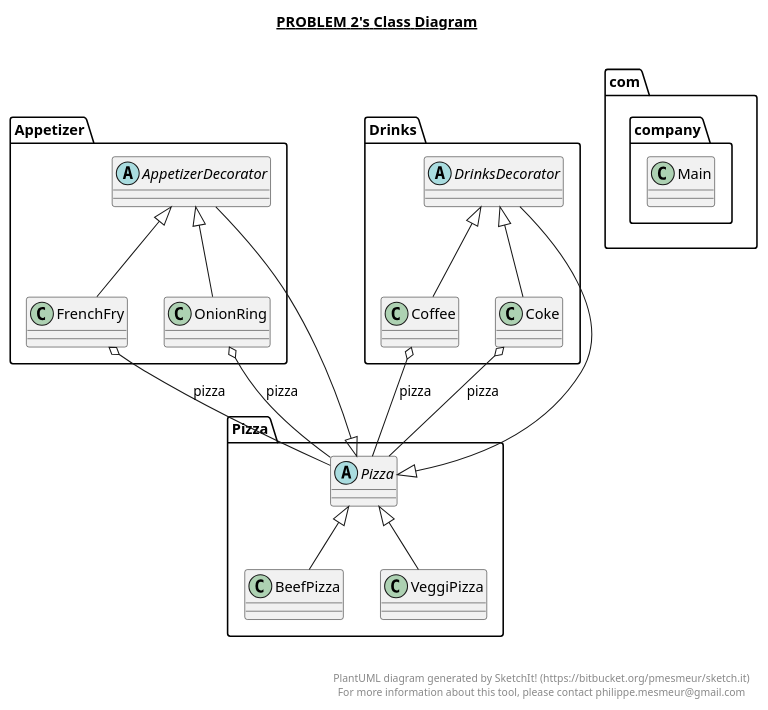
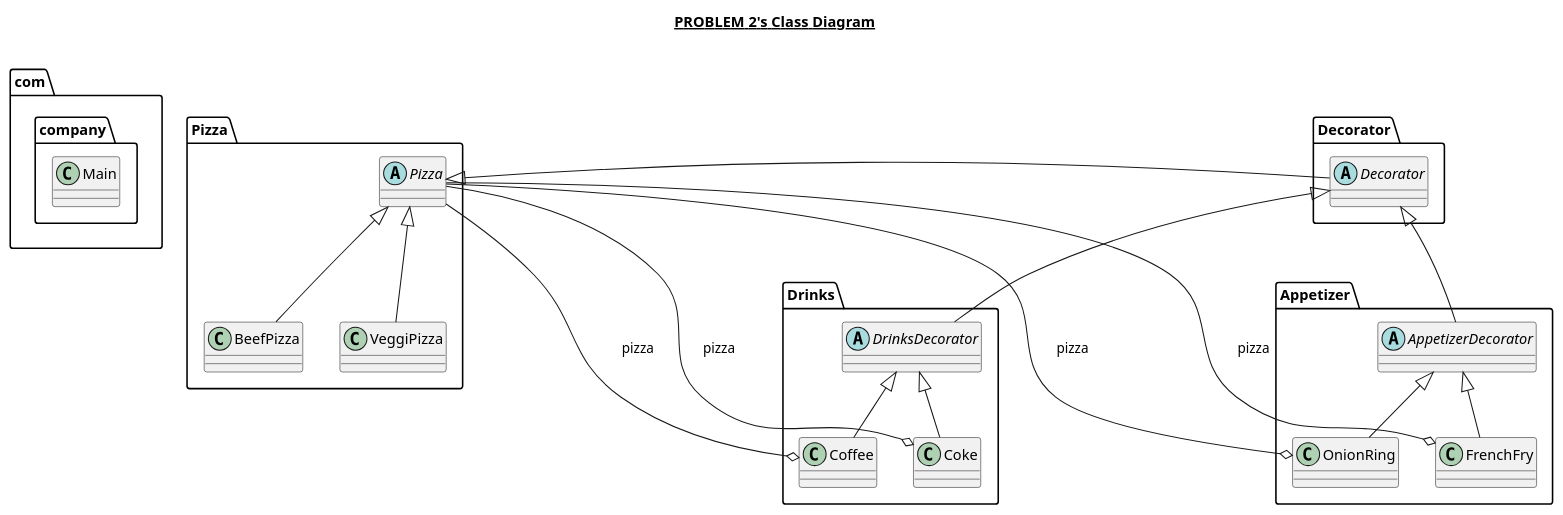
One commit to zarif98sjs/CSE-308-Software-Engineering changed the diagram in Offline 3/Problem 2/Problem 2.plantuml. Above: the diagram before and after it, drawn with PlantUML. The commit also changed 16 other files, not shown here.

```diff
--- a/Offline 3/Problem 2/Problem 2.plantuml
+++ b/Offline 3/Problem 2/Problem 2.plantuml
@@ -1,86 +1,94 @@
 @startuml
 
 title __PROBLEM 2's Class Diagram__\n
+
+  namespace com.company {
+    class com.company.Main {
+    }
+  }
+
+  namespace Pizza {
+    class Pizza.BeefPizza {
+    }
+  }
+
+
+  namespace Pizza {
+    abstract class Pizza.Pizza {
+    }
+  }
+
+
+  namespace Pizza {
+    class Pizza.VeggiPizza {
+    }
+  }
+
+  namespace Decorator {
+      abstract class Decorator.Decorator {
+      }
+    }
 
   namespace Appetizer {
     abstract class Appetizer.AppetizerDecorator {
     }
   }
   
 
   namespace Appetizer {
     class Appetizer.FrenchFry {
     }
   }
   
 
   namespace Appetizer {
     class Appetizer.OnionRing {
     }
   }
-  
 
   namespace Drinks {
     class Drinks.Coffee {
     }
   }
-  
 
   namespace Drinks {
     class Drinks.Coke {
     }
   }
-  
 
   namespace Drinks {
     abstract class Drinks.DrinksDecorator {
     }
   }
-  
-
-  namespace Pizza {
-    class Pizza.BeefPizza {
-    }
-  }
-  
-
-  namespace Pizza {
-    abstract class Pizza.Pizza {
-    }
-  }
-  
-
-  namespace Pizza {
-    class Pizza.VeggiPizza {
-    }
-  }
-  
-
-  namespace com.company {
-    class com.company.Main {
-    }
-  }
-  
-
-  Appetizer.AppetizerDecorator -up-|> Pizza.Pizza
-  Appetizer.FrenchFry -up-|> Appetizer.AppetizerDecorator
-  Appetizer.FrenchFry o-- Pizza.Pizza : pizza
-  Appetizer.OnionRing -up-|> Appetizer.AppetizerDecorator
-  Appetizer.OnionRing o-- Pizza.Pizza : pizza
-  Drinks.Coffee -up-|> Drinks.DrinksDecorator
-  Drinks.Coffee o-- Pizza.Pizza : pizza
-  Drinks.Coke -up-|> Drinks.DrinksDecorator
-  Drinks.Coke o-- Pizza.Pizza : pizza
-  Drinks.DrinksDecorator -up-|> Pizza.Pizza
-  Pizza.BeefPizza -up-|> Pizza.Pizza
-  Pizza.VeggiPizza -up-|> Pizza.Pizza
 
 
-right footer
+'    com.company.Main -[hidden]--> Pizza.Pizza
+    Pizza.Pizza -[hidden]--> Decorator.Decorator
+    Pizza.Pizza  -[hidden]--> Appetizer.FrenchFry
+    Pizza.Pizza  -[hidden]--> Appetizer.OnionRing
+    Pizza.Pizza  -[hidden]--> Drinks.Coffee
+    Pizza.Pizza  -[hidden]--> Drinks.Coke
 
 
-PlantUML diagram generated by SketchIt! (https://bitbucket.org/pmesmeur/sketch.it)
-For more information about this tool, please contact philippe.mesmeur@gmail.com
-endfooter
+    Decorator.Decorator -[hidden]--> Drinks.DrinksDecorator
+    Decorator.Decorator -[hidden]--> Appetizer.AppetizerDecorator
+
+    Pizza.BeefPizza -up-|> Pizza.Pizza
+    Pizza.VeggiPizza -up-|> Pizza.Pizza
+    Decorator.Decorator -up-|> Pizza.Pizza
+    Appetizer.AppetizerDecorator -up-|> Decorator.Decorator
+    Appetizer.FrenchFry -up-|> Appetizer.AppetizerDecorator
+    Appetizer.FrenchFry o-- Pizza.Pizza : pizza
+    Appetizer.OnionRing -up-|> Appetizer.AppetizerDecorator
+    Appetizer.OnionRing o-- Pizza.Pizza : pizza
+
+    Drinks.Coffee -up-|> Drinks.DrinksDecorator
+    Drinks.Coffee o-- Pizza.Pizza : pizza
+    Drinks.Coke -up-|> Drinks.DrinksDecorator
+    Drinks.Coke o-- Pizza.Pizza : pizza
+    Drinks.DrinksDecorator -up-|> Decorator.Decorator
+
+
+
 
 @enduml
```
